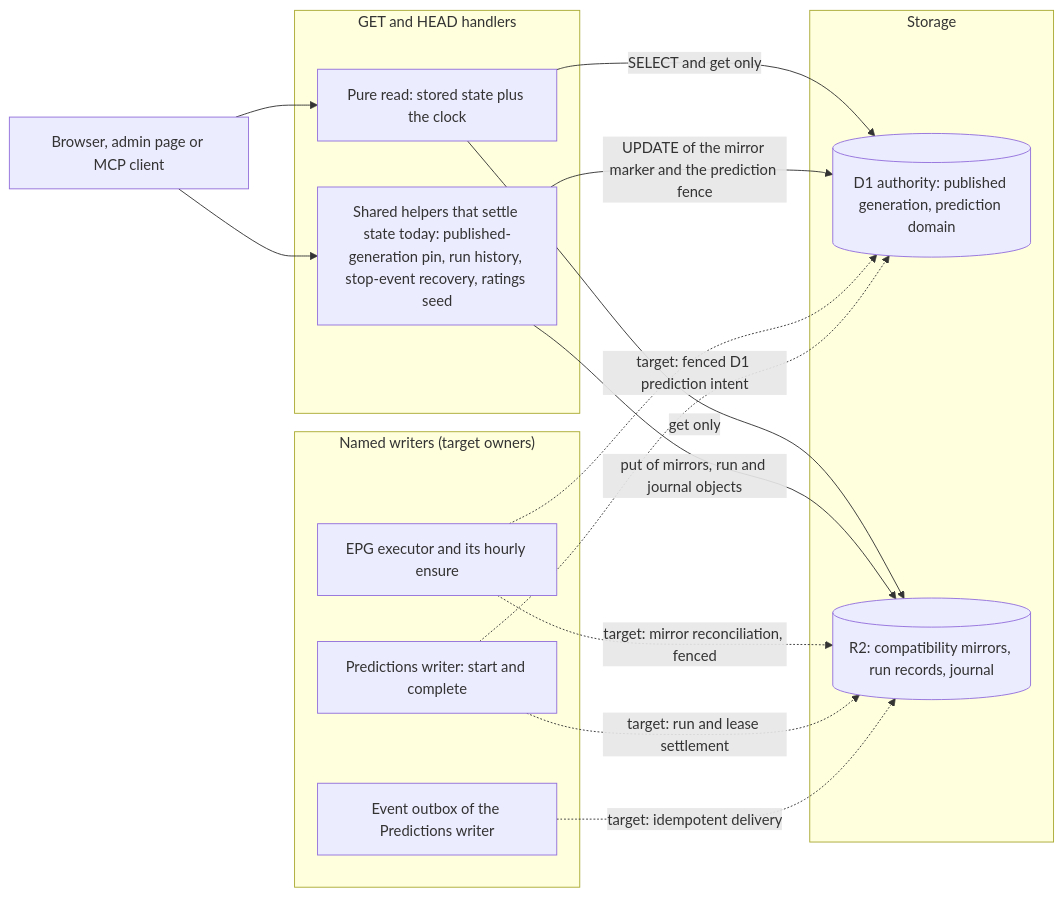
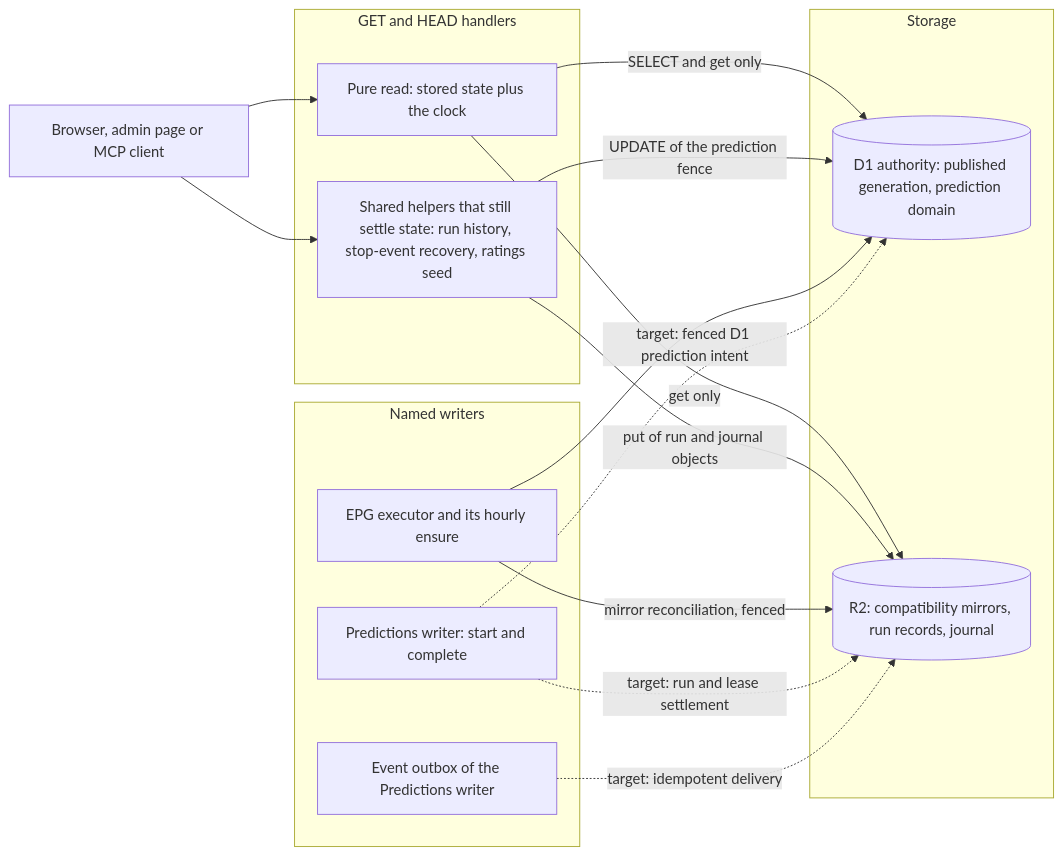
One commit to vladimino/iptv-watchlist changed the diagram in docs/architecture/read-side-effects.md. Above: the diagram before and after it, drawn with Mermaid. The commit also changed other lines of this file and 29 other files, not shown here.

First line of the commit message:
AIR-414: reconcile EPG R2 mirrors in hourly ensure, not GET

````diff
--- a/docs/architecture/read-side-effects.md
+++ b/docs/architecture/read-side-effects.md
@@ -5,28 +5,28 @@
 ```mermaid
 flowchart LR
     client["Browser, admin page or MCP client"]
     subgraph Read["GET and HEAD handlers"]
         pure["Pure read: stored state plus the clock"]
-        helper["Shared helpers that settle state today: published-generation pin, run history, stop-event recovery, ratings seed"]
+        helper["Shared helpers that still settle state: run history, stop-event recovery, ratings seed"]
     end
-    subgraph Writers["Named writers (target owners)"]
+    subgraph Writers["Named writers"]
         epg["EPG executor and its hourly ensure"]
         pred["Predictions writer: start and complete"]
         outbox["Event outbox of the Predictions writer"]
     end
     subgraph Storage["Storage"]
         d1[("D1 authority: published generation, prediction domain")]
         r2[("R2: compatibility mirrors, run records, journal")]
     end
     client --> pure
     client --> helper
     pure -->|"SELECT and get only"| d1
     pure -->|"get only"| r2
-    helper -->|"UPDATE of the mirror marker and the prediction fence"| d1
-    helper -->|"put of mirrors, run and journal objects"| r2
-    epg -.->|"target: mirror reconciliation, fenced"| r2
-    epg -.-> d1
+    helper -->|"UPDATE of the prediction fence"| d1
+    helper -->|"put of run and journal objects"| r2
+    epg -->|"mirror reconciliation, fenced"| r2
+    epg --> d1
     pred -.->|"target: run and lease settlement"| r2
     pred -.->|"target: fenced D1 prediction intent"| d1
     outbox -.->|"target: idempotent delivery"| r2
 ```
````
